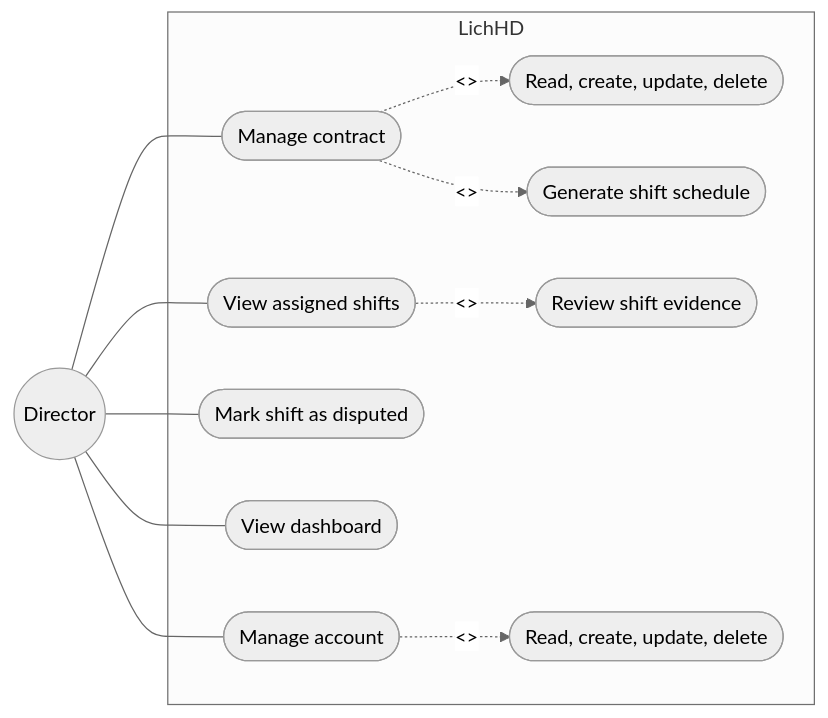
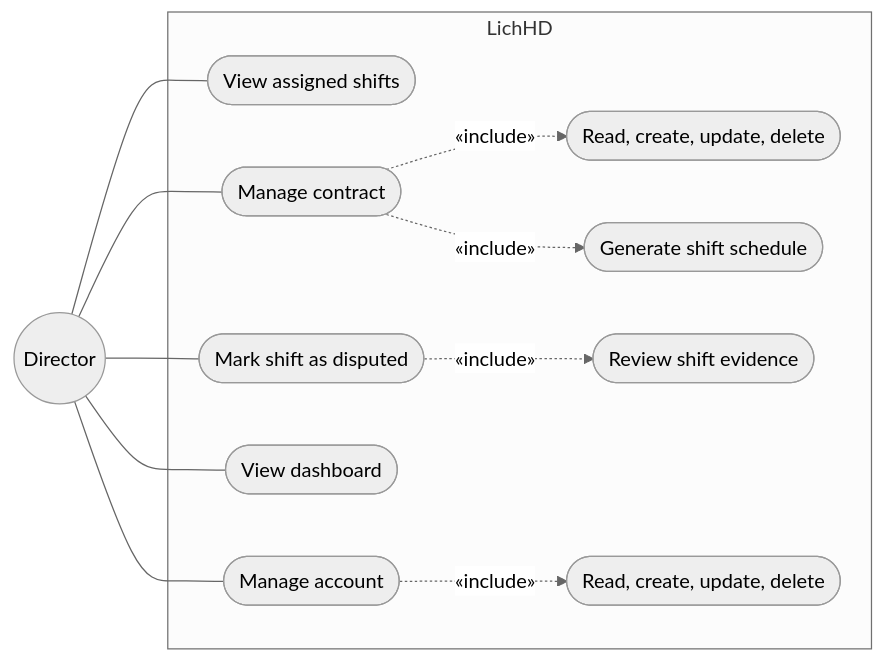
One commit to dDxCg/contrack changed the fifth of 16 diagrams in docs/02-design-analysis.md. Above: the diagram before and after it, drawn with Mermaid (neutral theme). The commit also changed other lines of this file and 2 other files, not shown here.

Commit message:
docs: diagrams minor modified

````diff
--- a/docs/02-design-analysis.md
+++ b/docs/02-design-analysis.md
@@ -130,27 +130,27 @@
 ```mermaid
 flowchart LR
     Director((Director))
 
     subgraph Boundary["LichHD"]
         UC6([View assigned shifts])
         UC9([Manage contract])
         UC9P(["Read, create, update, delete"])
         UC17([Generate shift schedule])
         UC19([Review shift evidence])
         UC10([Mark shift as disputed])
         UC15([View dashboard])
         UC16([Manage account])
         UC16P(["Read, create, update, delete"])
     end
 
     Director --- UC6
     Director --- UC9
     Director --- UC10
     Director --- UC15
     Director --- UC16
 
-    UC9 -.->|"<<Include>>"| UC9P
-    UC9 -.->|"<<Include>>"| UC17
-    UC16 -.->|"<<Include>>"| UC16P
-    UC6 -.->|"<<Include>>"| UC19
+    UC9 -.->|"&laquo;include&raquo;"| UC9P
+    UC9 -.->|"&laquo;include&raquo;"| UC17
+    UC16 -.->|"&laquo;include&raquo;"| UC16P
+    UC10 -.->|"&laquo;include&raquo;"| UC19
 ```
````
